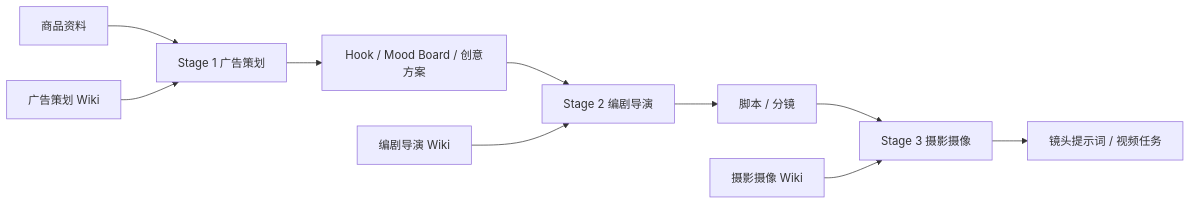
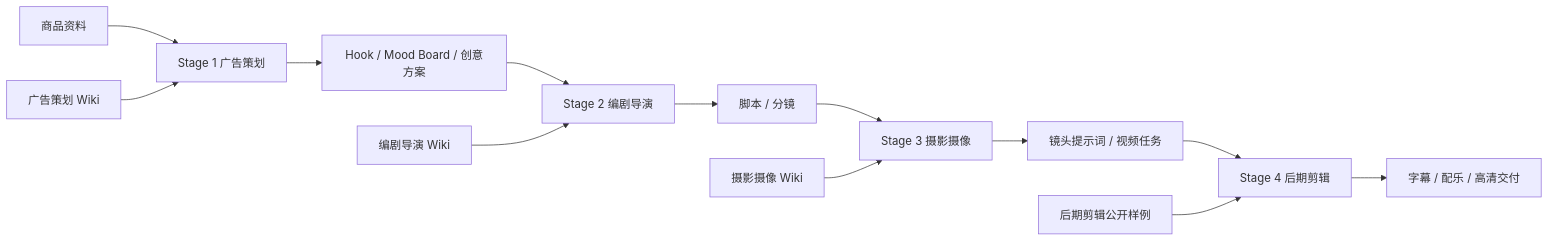
One commit to luoxiaohe0529-creator/ocean-glimmer-aigc changed the diagram in docs/knowledge/README.md. Above: the diagram before and after it, drawn with Mermaid. The commit also changed other lines of this file and 8 other files, not shown here.

````diff
--- a/docs/knowledge/README.md
+++ b/docs/knowledge/README.md
@@ -24,13 +26,16 @@
 ```mermaid
 flowchart LR
   A["商品资料"] --> B["Stage 1 广告策划"]
   B --> C["Hook / Mood Board / 创意方案"]
   C --> D["Stage 2 编剧导演"]
   D --> E["脚本 / 分镜"]
   E --> F["Stage 3 摄影摄像"]
   F --> G["镜头提示词 / 视频任务"]
+  G --> H["Stage 4 后期剪辑"]
+  H --> I["字幕 / 配乐 / 高清交付"]
 
   KB1["广告策划 Wiki"] --> B
   KB2["编剧导演 Wiki"] --> D
   KB3["摄影摄像 Wiki"] --> F
+  KB4["后期剪辑公开样例"] --> H
 ```
````
